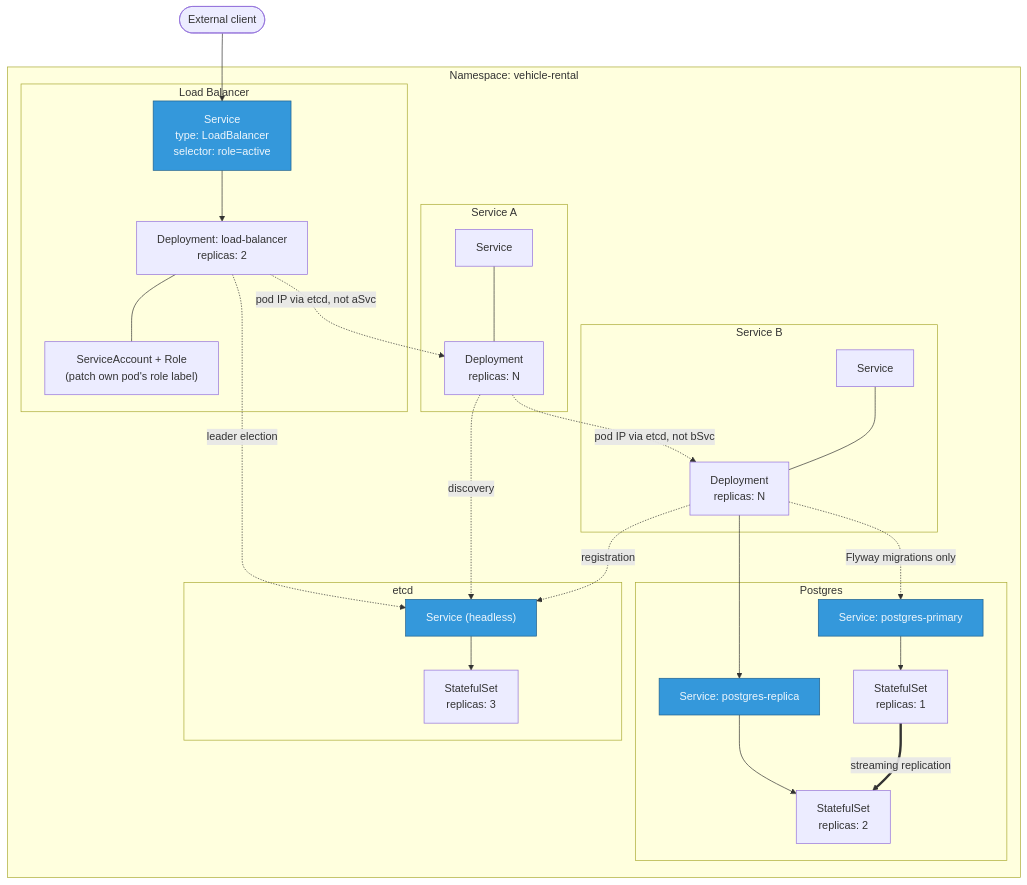
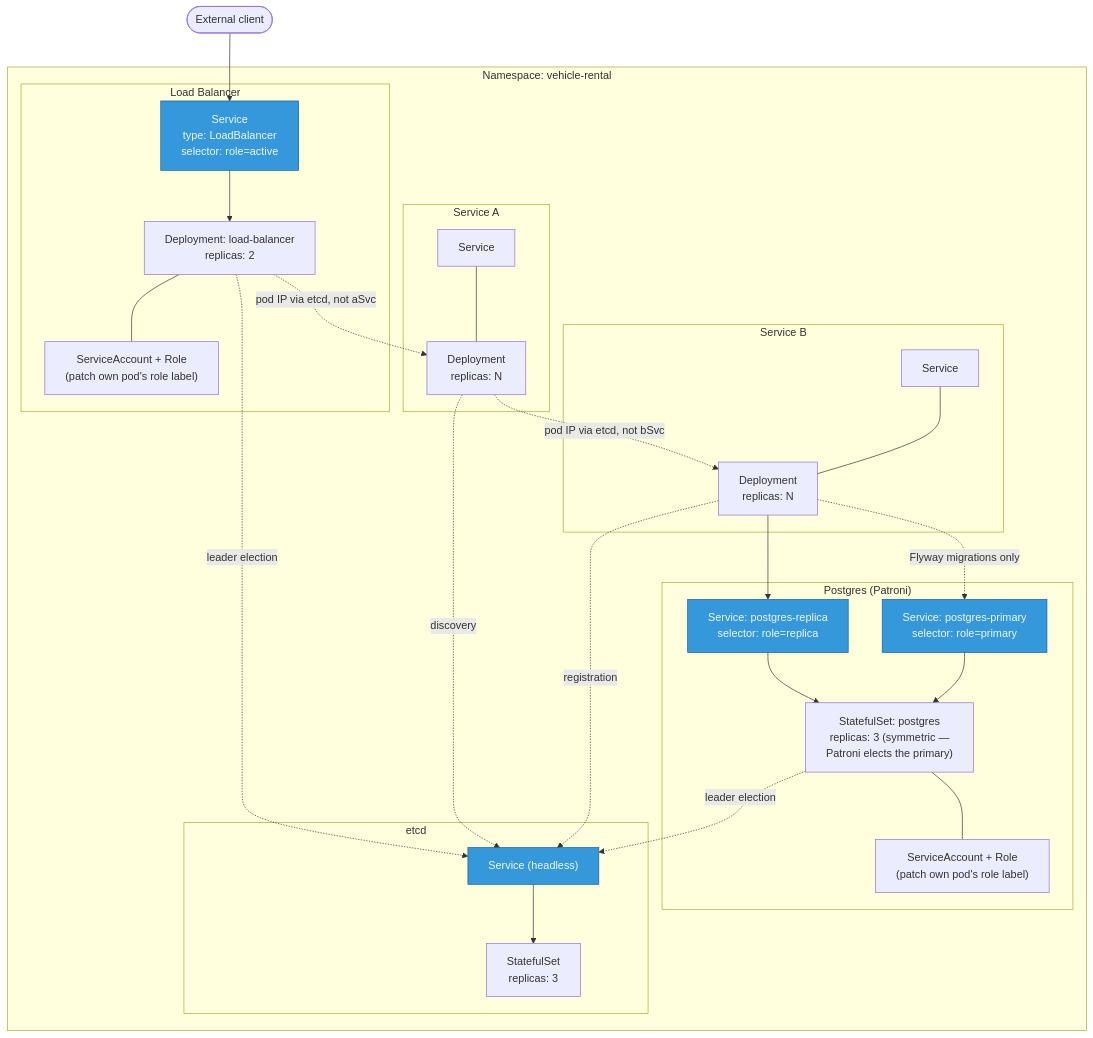
One commit to trvslhlt/comp_6231_distributed_systems changed the diagram in assignment_2/docs/SETUP.md. Above: the diagram before and after it, drawn with Mermaid. The commit also changed other lines of this file and 11 other files, not shown here.

````diff
--- a/assignment_2/docs/SETUP.md
+++ b/assignment_2/docs/SETUP.md
@@ -77,54 +77,55 @@
 ```mermaid
 flowchart TB
     external([External client])
 
     subgraph NS["Namespace: vehicle-rental"]
         subgraph LBK["Load Balancer"]
             lbSvc["Service<br/>type: LoadBalancer<br/>selector: role=active"]
             lbPods["Deployment: load-balancer<br/>replicas: 2"]
             lbRBAC["ServiceAccount + Role<br/>(patch own pod's role label)"]
         end
 
         subgraph SAK["Service A"]
             aSvc["Service"]
             aPods["Deployment<br/>replicas: N"]
         end
 
         subgraph SBK["Service B"]
             bSvc["Service"]
             bPods["Deployment<br/>replicas: N"]
         end
 
-        subgraph PGK["Postgres"]
-            pgPrimarySvc["Service: postgres-primary"]
-            pgPrimaryPod["StatefulSet<br/>replicas: 1"]
-            pgReplicaSvc["Service: postgres-replica"]
-            pgReplicaPods["StatefulSet<br/>replicas: 2"]
+        subgraph PGK["Postgres (Patroni)"]
+            pgPrimarySvc["Service: postgres-primary<br/>selector: role=primary"]
+            pgReplicaSvc["Service: postgres-replica<br/>selector: role=replica"]
+            pgPods["StatefulSet: postgres<br/>replicas: 3 (symmetric —<br/>Patroni elects the primary)"]
+            pgRBAC["ServiceAccount + Role<br/>(patch own pod's role label)"]
         end
 
         subgraph ETCDK["etcd"]
             etcdSvc["Service (headless)"]
             etcdPods["StatefulSet<br/>replicas: 3"]
         end
     end
 
     external --> lbSvc
     lbSvc --> lbPods
     lbPods --- lbRBAC
     lbPods -.->|pod IP via etcd, not aSvc| aPods
     aSvc --- aPods
     aPods -.->|pod IP via etcd, not bSvc| bPods
     bSvc --- bPods
     bPods --> pgReplicaSvc
-    pgReplicaSvc --> pgReplicaPods
+    pgReplicaSvc --> pgPods
     bPods -.->|Flyway migrations only| pgPrimarySvc
-    pgPrimarySvc --> pgPrimaryPod
-    pgPrimaryPod ==>|streaming replication| pgReplicaPods
+    pgPrimarySvc --> pgPods
+    pgPods --- pgRBAC
+    pgPods -.->|leader election| etcdSvc
     lbPods -.->|leader election| etcdSvc
     aPods -.->|discovery| etcdSvc
     bPods -.->|registration| etcdSvc
     etcdSvc --> etcdPods
 
     classDef hotpath fill:#3498db,stroke:#1f5f8b,color:#eef6fc;
     class lbSvc,pgPrimarySvc,pgReplicaSvc,etcdSvc hotpath
 ```
````
